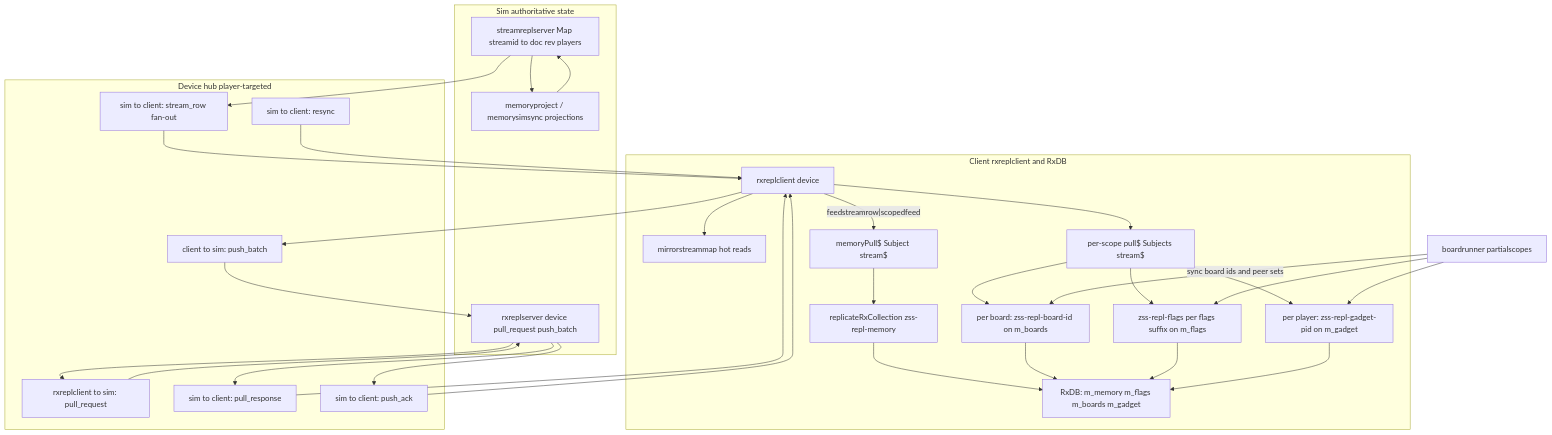
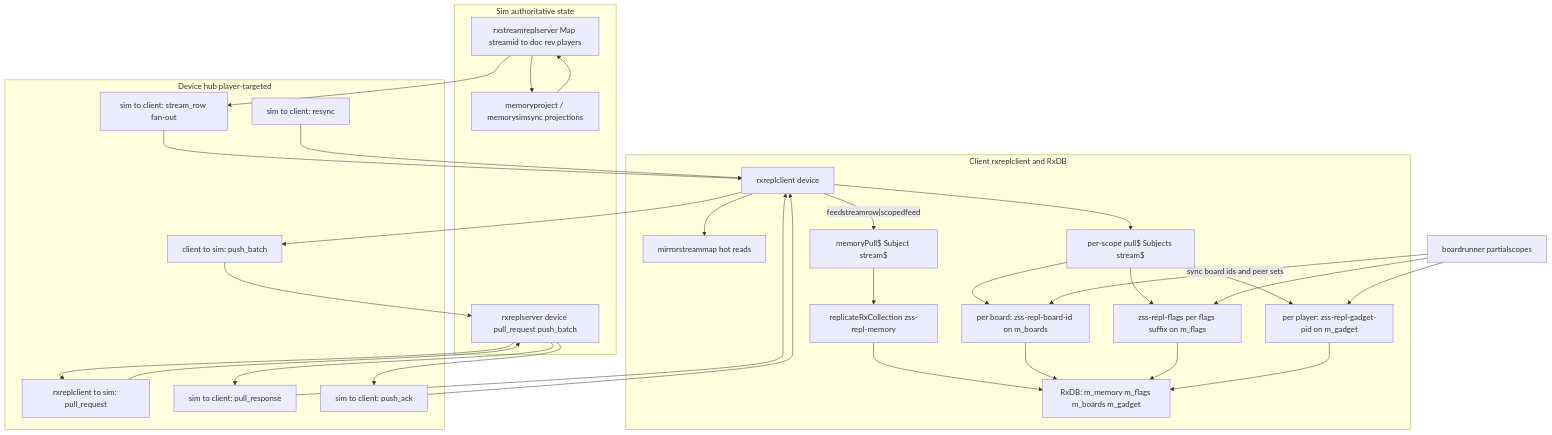
One commit to goldbuick/zed-software-system changed the diagram in zss/device/docs/rxdb-syncs-and-streams.md. Above: the diagram before and after it, drawn with Mermaid. The commit also changed other lines of this file and 15 other files, not shown here.

````diff
--- a/zss/device/docs/rxdb-syncs-and-streams.md
+++ b/zss/device/docs/rxdb-syncs-and-streams.md
@@ -80,59 +80,59 @@
 ```mermaid
 flowchart TB
   subgraph simSide [Sim authoritative state]
-    STMAP["streamreplserver Map streamid to doc rev players"]
+    STMAP["rxstreamreplserver Map streamid to doc rev players"]
     PROJ["memoryproject / memorysimsync projections"]
     RSS["rxreplserver device pull_request push_batch"]
     STMAP --> PROJ
     PROJ --> STMAP
   end
 
   subgraph deviceBus [Device hub player-targeted]
     T_PR["rxreplclient to sim: pull_request"]
     T_RESP["sim to client: pull_response"]
     T_PB["client to sim: push_batch"]
     T_ACK["sim to client: push_ack"]
     T_SR["sim to client: stream_row fan-out"]
     T_RES["sim to client: resync"]
   end
 
   subgraph clientSide [Client rxreplclient and RxDB]
     RXC["rxreplclient device"]
     MMAP["mirrorstreammap hot reads"]
     DB["RxDB: m_memory m_flags m_boards m_gadget"]
     R_MEM["replicateRxCollection zss-repl-memory"]
     R_BR["per board: zss-repl-board-id on m_boards"]
     R_FL["zss-repl-flags per flags suffix on m_flags"]
     R_GA["per player: zss-repl-gadget-pid on m_gadget"]
     PULLMEM["memoryPull$ Subject stream$"]
     PULLSC["per-scope pull$ Subjects stream$"]
     RXC --> MMAP
     R_MEM --> DB
     R_BR --> DB
     R_FL --> DB
     R_GA --> DB
     PULLMEM --> R_MEM
     PULLSC --> R_BR
     PULLSC --> R_FL
     PULLSC --> R_GA
   end
 
   RSS --> T_PR
   T_PR --> RSS
   RSS --> T_RESP
   T_RESP --> RXC
   RXC --> T_PB
   T_PB --> RSS
   RSS --> T_ACK
   T_ACK --> RXC
   STMAP --> T_SR
   T_SR --> RXC
   RXC -->|"feedstreamrow|scopedfeed"| PULLMEM
   RXC --> PULLSC
 
   BOARD["boardrunner partialscopes"] -->|"sync board ids and peer sets"| R_BR
   BOARD --> R_FL
   BOARD --> R_GA
 
   T_RES --> RXC
 ```
````
